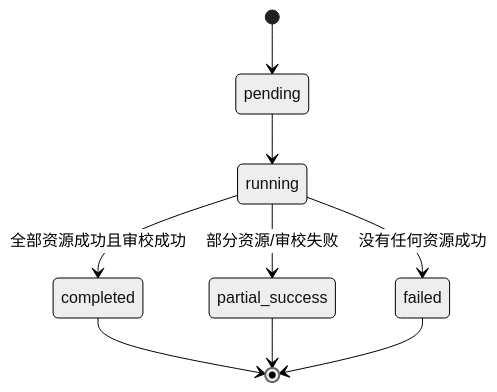
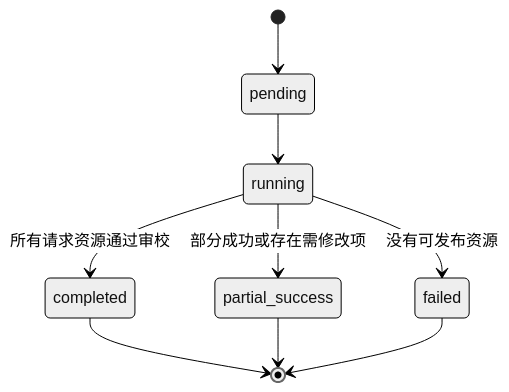
The second of 2 diagrams in docs/architecture.md (xxxdonk/edu-agent), drawn with Mermaid (neutral theme) before and after one commit. The commit also changed other lines of this file and 53 other files, not shown here.

````diff
--- a/docs/architecture.md
+++ b/docs/architecture.md
@@ -125,11 +168,11 @@
 ```mermaid
 stateDiagram-v2
     [*] --> pending
     pending --> running
-    running --> completed: 全部资源成功且审校成功
-    running --> partial_success: 部分资源/审校失败
-    running --> failed: 没有任何资源成功
+    running --> completed: 所有请求资源通过审校
+    running --> partial_success: 部分成功或存在需修改项
+    running --> failed: 没有可发布资源
     completed --> [*]
     partial_success --> [*]
     failed --> [*]
 ```
````
